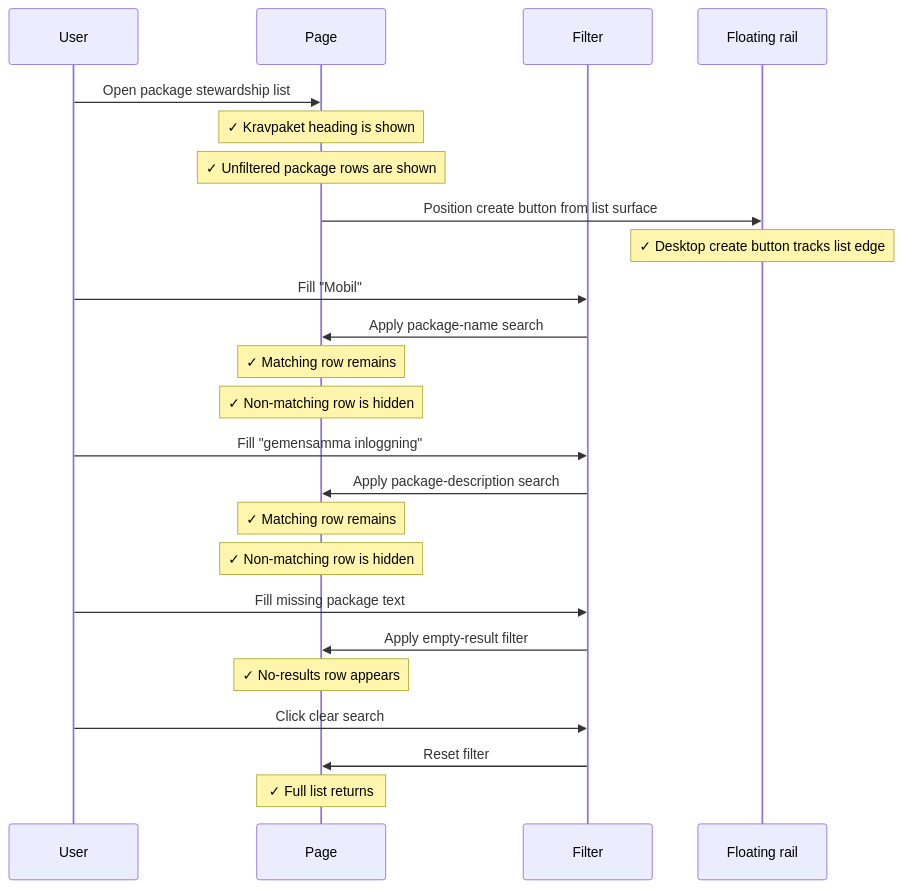
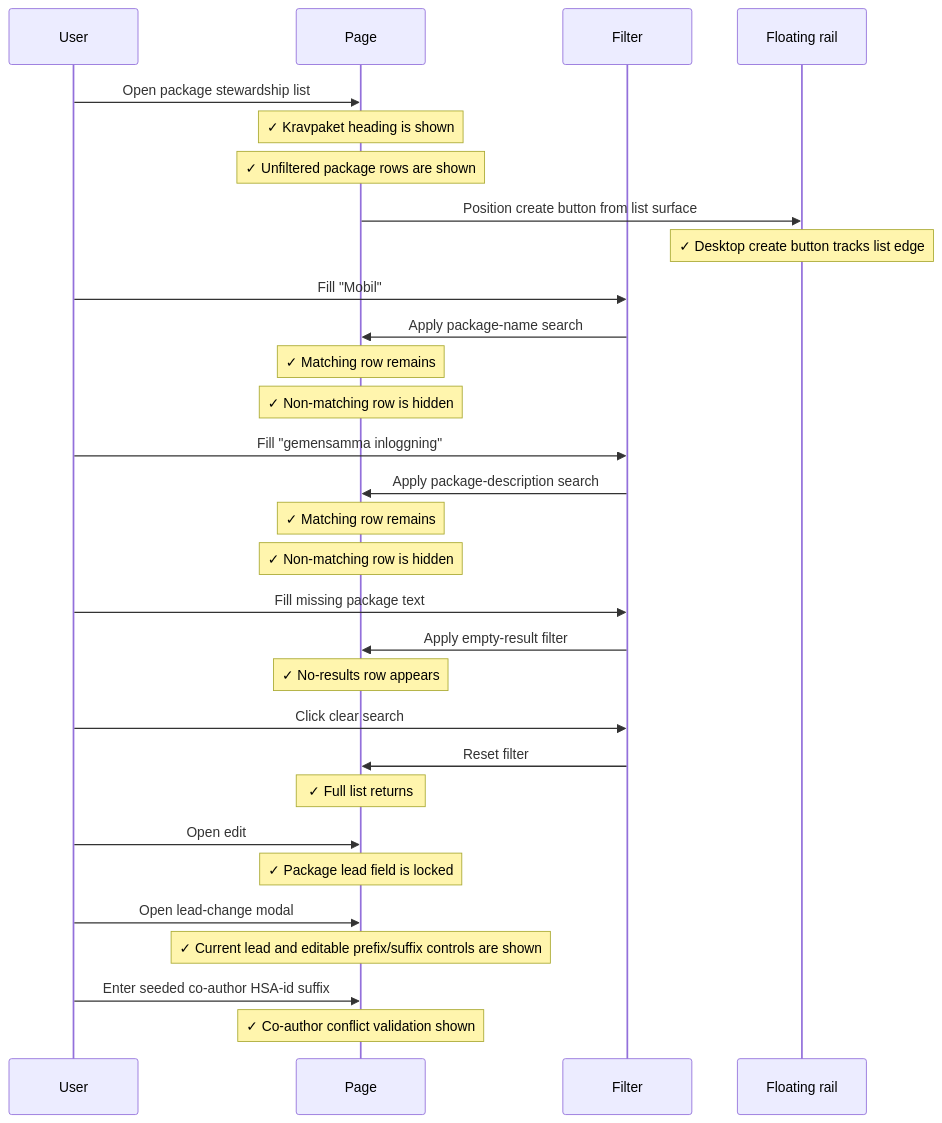
One commit to viscalyx/Kravhantering changed the second of 3 diagrams in tests/integration/requirement-packages-list.md. Above: the diagram before and after it, drawn with Mermaid. The commit also changed other lines of this file and 351 other files, not shown here.

````diff
--- a/tests/integration/requirement-packages-list.md
+++ b/tests/integration/requirement-packages-list.md
@@ -73,27 +83,33 @@
 ```mermaid
 sequenceDiagram
     participant U as User
     participant P as Page
     participant F as Filter
     participant R as Floating rail
 
     U->>P: Open package stewardship list
     Note over P: ✓ Kravpaket heading is shown
     Note over P: ✓ Unfiltered package rows are shown
     P->>R: Position create button from list surface
     Note over R: ✓ Desktop create button tracks list edge
     U->>F: Fill "Mobil"
     F->>P: Apply package-name search
     Note over P: ✓ Matching row remains
     Note over P: ✓ Non-matching row is hidden
     U->>F: Fill "gemensamma inloggning"
     F->>P: Apply package-description search
     Note over P: ✓ Matching row remains
     Note over P: ✓ Non-matching row is hidden
     U->>F: Fill missing package text
     F->>P: Apply empty-result filter
     Note over P: ✓ No-results row appears
     U->>F: Click clear search
     F->>P: Reset filter
     Note over P: ✓ Full list returns
+    U->>P: Open edit
+    Note over P: ✓ Package lead field is locked
+    U->>P: Open lead-change modal
+    Note over P: ✓ Current lead and editable prefix/suffix controls are shown
+    U->>P: Enter seeded co-author HSA-id suffix
+    Note over P: ✓ Co-author conflict validation shown
 ```
````
